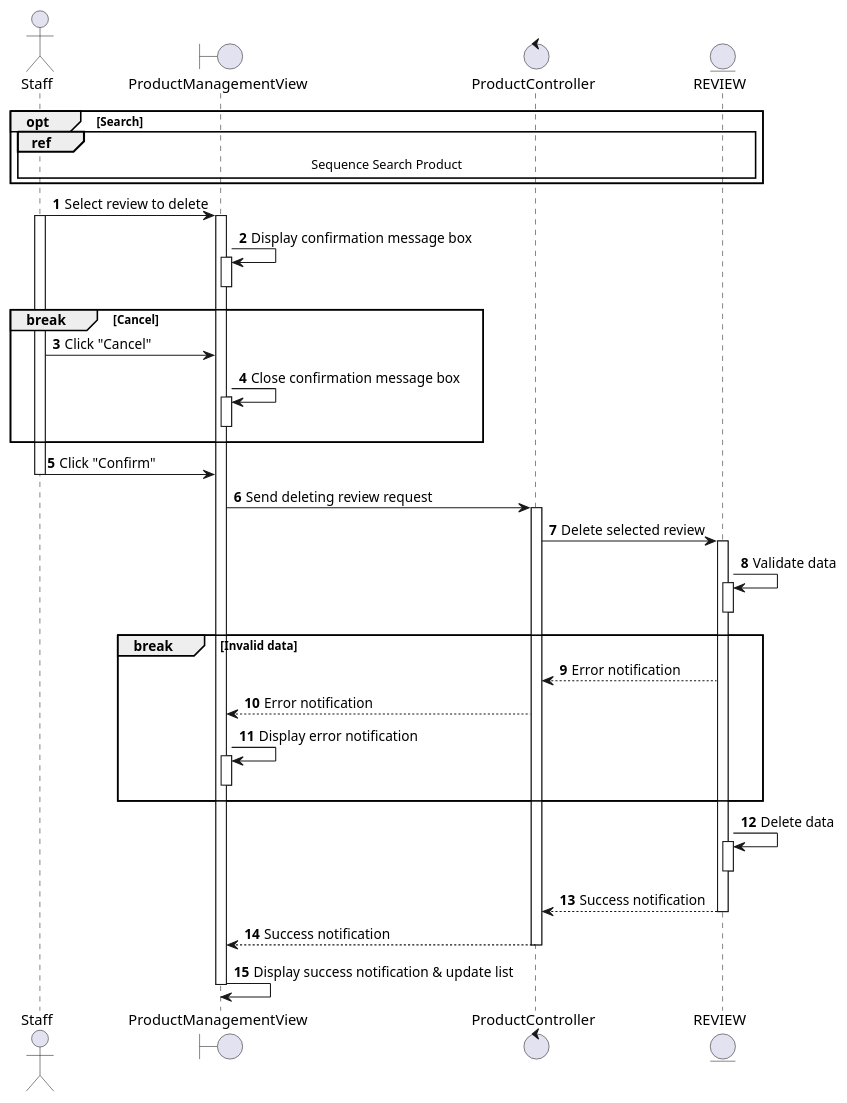
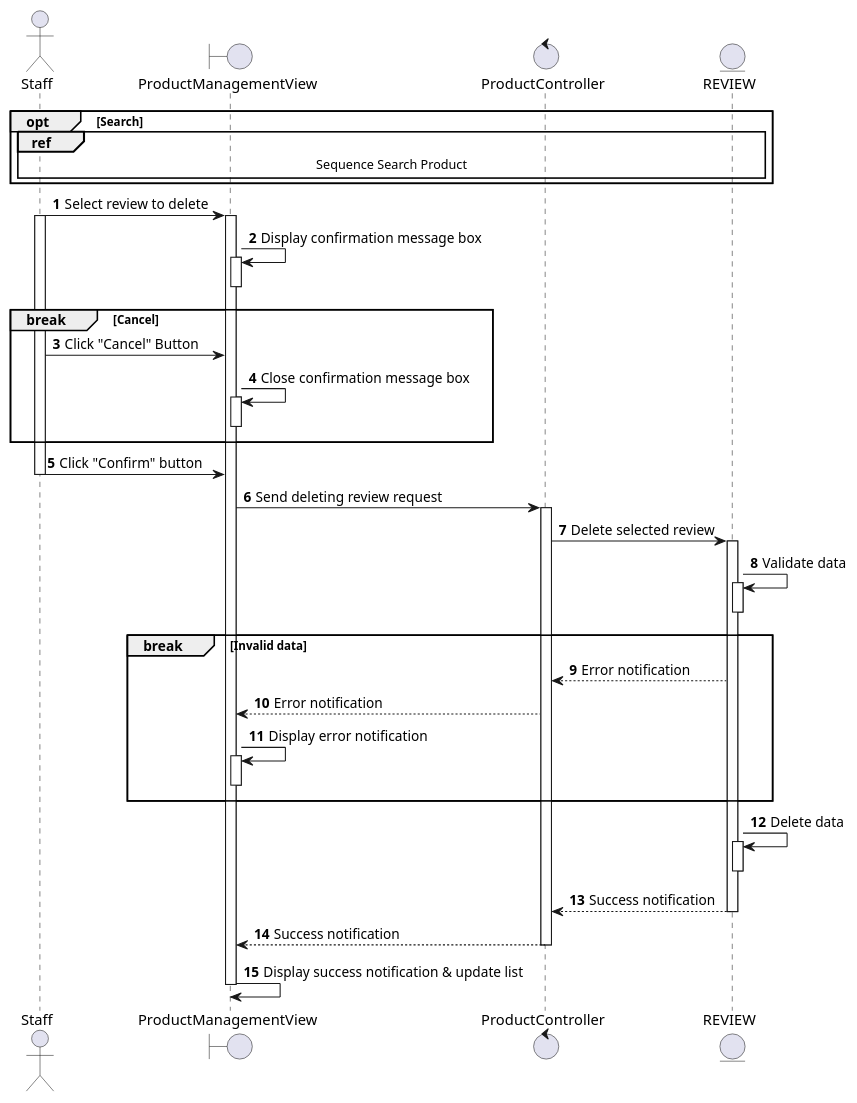
Before and after one commit to electricilies/electricilies.github.io: the diagram in docs/docs/sequence/manage-product/delete-review.md, drawn with PlantUML. The commit also changed 12 other files, not shown here.

````diff
--- a/docs/docs/sequence/manage-product/delete-review.md
+++ b/docs/docs/sequence/manage-product/delete-review.md
@@ -3,53 +3,53 @@
 ```plantuml
 @startuml
 autonumber
 
 actor Staff as S
 boundary ProductManagementView as PMV
 control ProductController as PC
 entity REVIEW as R
 
 opt Search
   ref over S, R: Sequence Search Product
 end
 S -> PMV: Select review to delete
 activate S
 activate PMV
 PMV -> PMV: Display confirmation message box
 activate PMV
 deactivate PMV
 break Cancel
-  S -> PMV: Click "Cancel"
+  S -> PMV: Click "Cancel" Button
   PMV -> PMV: Close confirmation message box
   activate PMV
   deactivate PMV
 end
-S -> PMV: Click "Confirm"
+S -> PMV: Click "Confirm" button
 deactivate S
 PMV -> PC: Send deleting review request
 activate PC
 PC -> R: Delete selected review
 activate R
 R -> R: Validate data
 activate R
 deactivate R
 break Invalid data
   PC <-- R: Error notification
   PMV <-- PC: Error notification
   PMV -> PMV: Display error notification
   activate PMV
   deactivate PMV
 end
 R -> R: Delete data
 activate R
 deactivate R
 PC <-- R: Success notification
 deactivate R
 PMV <-- PC: Success notification
 deactivate PC
 PMV -> PMV: Display success notification & update list
 deactivate PMV
 deactivate S
 
 @enduml
 ```
````
